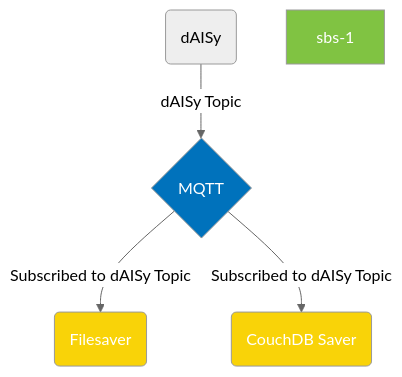
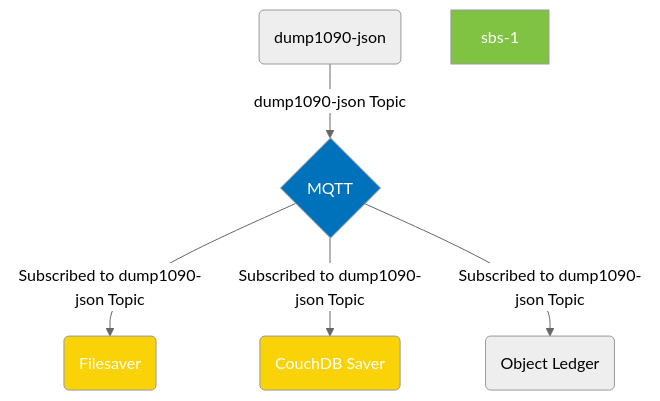
One commit to IQTLabs/edgetech-dump1090-json changed the diagram in README.md. Above: the diagram before and after it, drawn with Mermaid (neutral theme).

````diff
--- a/README.md
+++ b/README.md
@@ -74,13 +74,14 @@
 ```mermaid 
 
 flowchart TD
-    daisy(dAISy) -- dAISy Topic --> mqtt{MQTT}
-    mqtt{MQTT} -- Subscribed to dAISy Topic --> filesaver(Filesaver)
-    mqtt{MQTT} -- Subscribed to dAISy Topic -->  couchdbsaver(CouchDB Saver)
+    dump1090-json(dump1090-json) -- dump1090-json Topic --> mqtt{MQTT}
+    mqtt{MQTT} -- Subscribed to dump1090-json Topic --> filesaver(Filesaver)
+    mqtt{MQTT} -- Subscribed to dump1090-json Topic -->  couchdbsaver(CouchDB Saver)
+    mqtt{MQTT} -- Subscribed to dump1090-json Topic -->  objectledger(Object Ledger)
 
 style mqtt fill:#0072bc,color:#ffffff
 style sbs-1 fill:#80c342,color:#ffffff
 style couchdbsaver fill:#F9D308,color:#ffffff
 style filesaver fill:#F9D308,color:#ffffff
 
 ```
````
